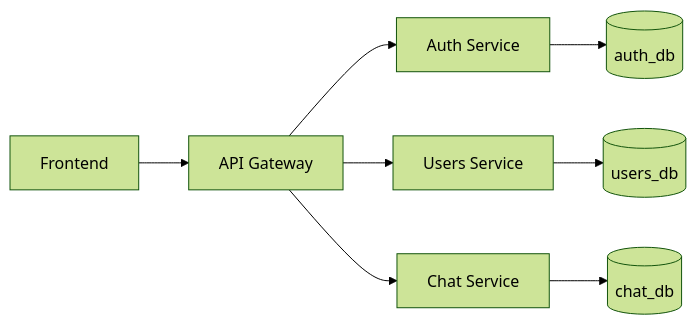
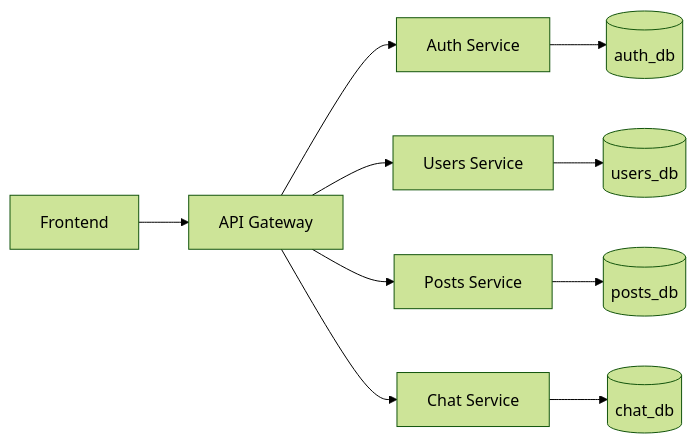
One commit to Ateibuzena/intragram changed the diagram in docs/modules/MICROSERVICES.md. Above: the diagram before and after it, drawn with Mermaid (forest theme). The commit also changed other lines of this file and 16 other files, not shown here.

First line of the commit message:
feat(posts): extraer el dominio de publicaciones a posts-service

````diff
--- a/docs/modules/MICROSERVICES.md
+++ b/docs/modules/MICROSERVICES.md
@@ -11,12 +11,14 @@
 ```mermaid
 flowchart LR
     FE[Frontend] --> GW[API Gateway]
 
     GW --> AUTH[Auth Service]
     GW --> USERS[Users Service]
+    GW --> POSTS[Posts Service]
     GW --> CHAT[Chat Service]
 
     AUTH --> AUTHDB[(auth_db)]
     USERS --> USERSDB[(users_db)]
+    POSTS --> POSTSDB[(posts_db)]
     CHAT --> CHATDB[(chat_db)]
 ```
````
